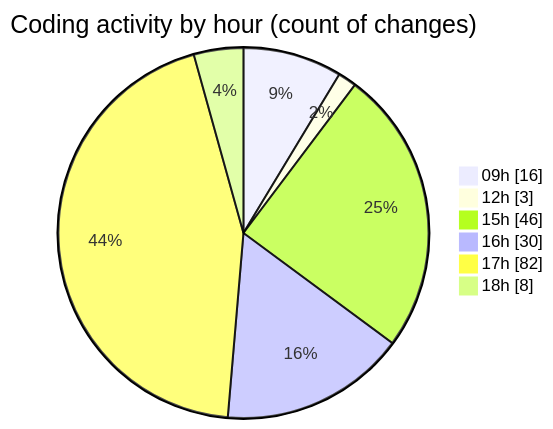
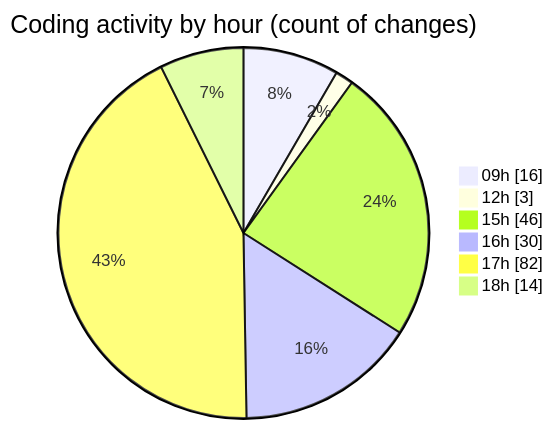
Before and after one commit to momahboobian/code-tracking: the second of 2 diagrams in 2025-07-08/cda/README.md, drawn with Mermaid. The commit also changed other lines of this file and 1 other file, not shown here.

````diff
--- a/2025-07-08/cda/README.md
+++ b/2025-07-08/cda/README.md
@@ -58,10 +58,10 @@
 ```mermaid
 pie showData
 title Coding activity by hour (count of changes)
 "09h" : 16
 "12h" : 3
 "15h" : 46
 "16h" : 30
 "17h" : 82
-"18h" : 8
+"18h" : 14
 ```
````
